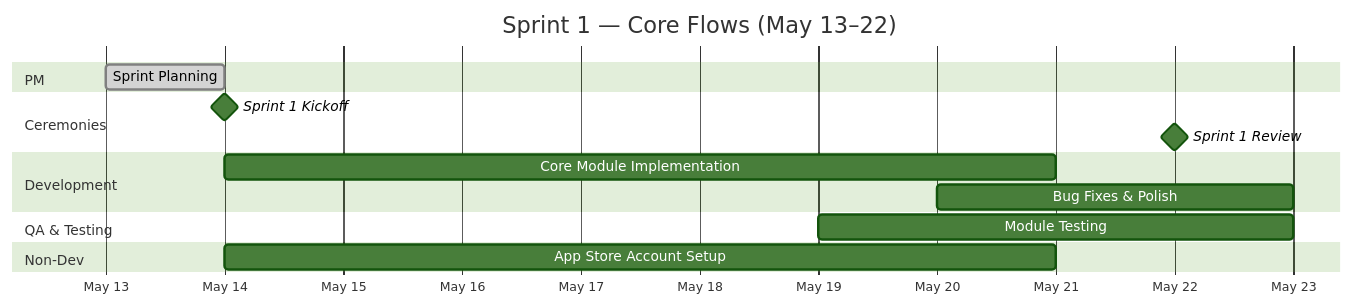
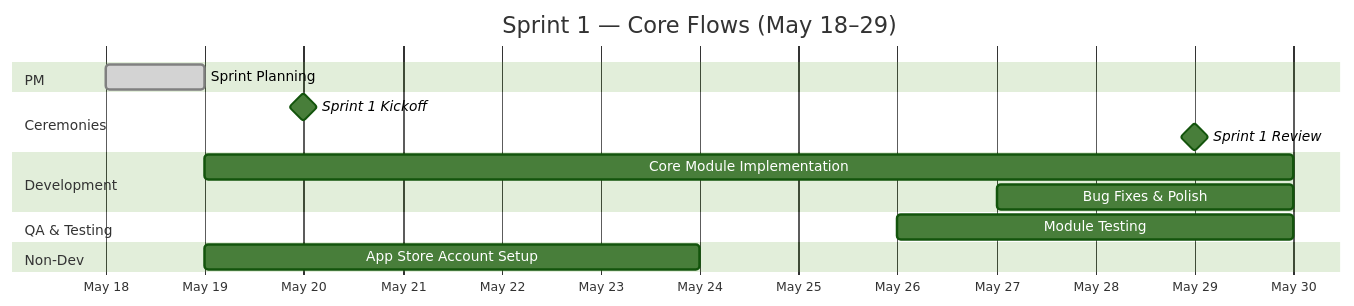
The fourth of 8 diagrams in product-plans/2026-05-13/launch-plan.md (joachimtrungtuan/hairline-pm-docs), drawn with Mermaid (forest theme) before and after one commit. The commit also changed other lines of this file, not shown here.

````diff
--- a/product-plans/2026-05-13/launch-plan.md
+++ b/product-plans/2026-05-13/launch-plan.md
@@ -166,23 +188,23 @@
 ```mermaid
 gantt
-    title Sprint 1 — Core Flows (May 13–22)
+    title Sprint 1 — Core Flows (May 18–29)
     dateFormat YYYY-MM-DD
     axisFormat %b %d
 
     section PM
-    Sprint Planning          :done, 2026-05-13, 1d
+    Sprint Planning          :done, 2026-05-18, 1d
 
     section Ceremonies
-    Sprint 1 Kickoff         :milestone, 2026-05-14, 0d
-    Sprint 1 Review          :milestone, 2026-05-22, 0d
+    Sprint 1 Kickoff         :milestone, 2026-05-20, 0d
+    Sprint 1 Review          :milestone, 2026-05-29, 0d
 
     section Development
-    Core Module Implementation  :dev1, 2026-05-14, 7d
-    Bug Fixes & Polish          :fix1, 2026-05-20, 3d
+    Core Module Implementation  :dev1, 2026-05-19, 11d
+    Bug Fixes & Polish          :fix1, 2026-05-27, 3d
 
     section QA & Testing
-    Module Testing              :qa1, 2026-05-19, 4d
+    Module Testing              :qa1, 2026-05-26, 4d
 
     section Non-Dev
-    App Store Account Setup     :as1, 2026-05-14, 7d
+    App Store Account Setup     :as1, 2026-05-19, 5d
 ```
````
